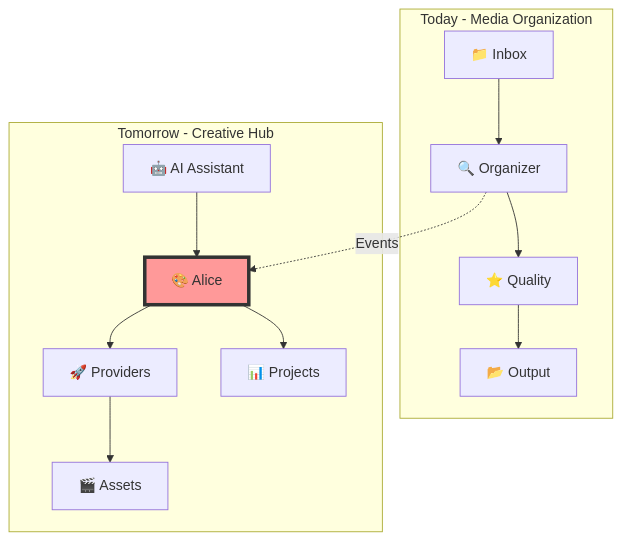
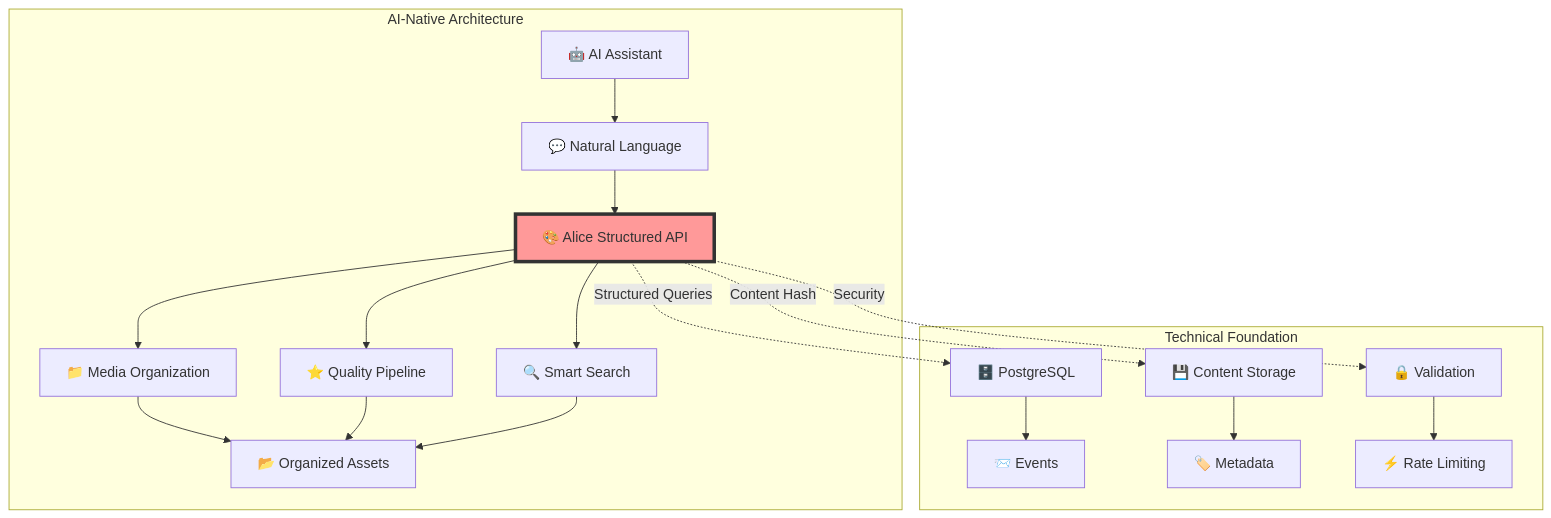
The diagram in docs/index.md (sandrom/AliceMultiverse), drawn with Mermaid before and after one commit. The commit also changed other lines of this file and 5 other files, not shown here.

First line of the commit message:
Update documentation to reflect AI-native architecture

````diff
--- a/docs/index.md
+++ b/docs/index.md
@@ -50,19 +50,25 @@
 ```mermaid
 graph TB
-    subgraph "Today - Media Organization"
-        A[📁 Inbox] --> B[🔍 Organizer]
-        B --> C[⭐ Quality]
-        C --> D[📂 Output]
+    subgraph "AI-Native Architecture"
+        A[🤖 AI Assistant] --> B[💬 Natural Language]
+        B --> C[🎨 Alice Structured API]
+        C --> D[📁 Media Organization]
+        C --> E[⭐ Quality Pipeline]
+        C --> F[🔍 Smart Search]
+        D --> G[📂 Organized Assets]
+        E --> G
+        F --> G
     end
     
-    subgraph "Tomorrow - Creative Hub"
-        E[🤖 AI Assistant] --> F[🎨 Alice]
-        F --> G[🚀 Providers]
-        F --> H[📊 Projects]
-        G --> I[🎬 Assets]
+    subgraph "Technical Foundation"
+        H[🗄️ PostgreSQL] --> I[📨 Events]
+        J[💾 Content Storage] --> K[🏷️ Metadata]
+        L[🔒 Validation] --> M[⚡ Rate Limiting]
     end
     
-    B -.->|Events| F
+    C -.->|Structured Queries| H
+    C -.->|Content Hash| J
+    C -.->|Security| L
     
-    style F fill:#ff9999,stroke:#333,stroke-width:4px
+    style C fill:#ff9999,stroke:#333,stroke-width:4px
 ```
````
